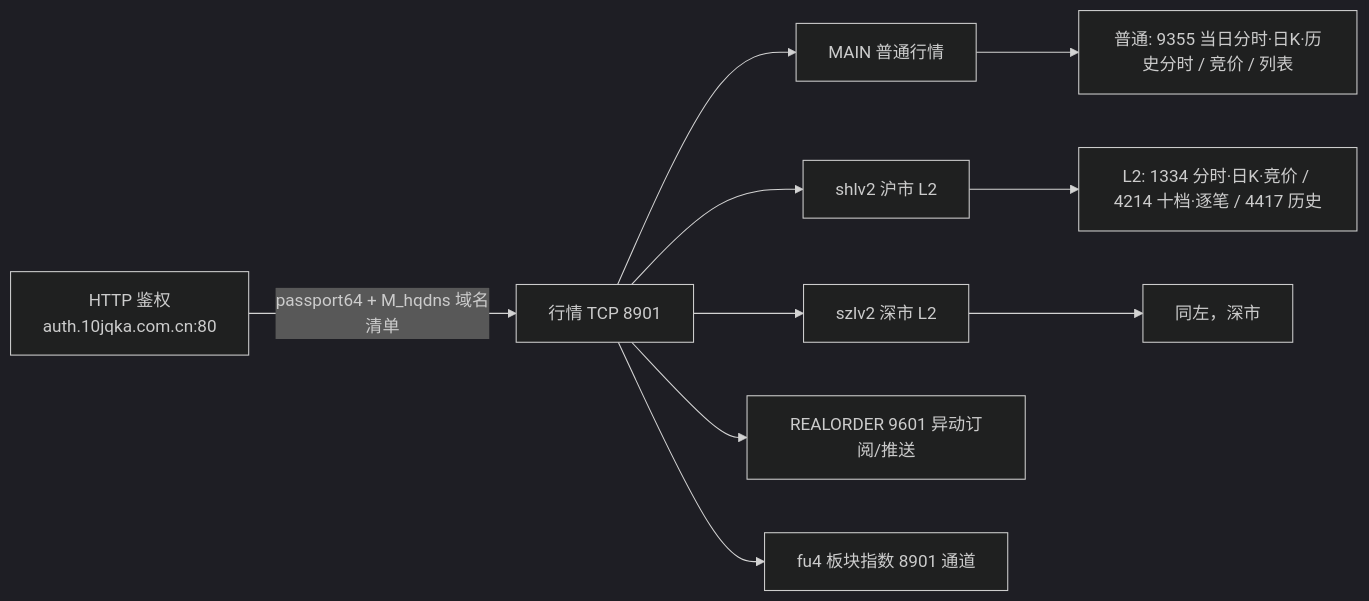
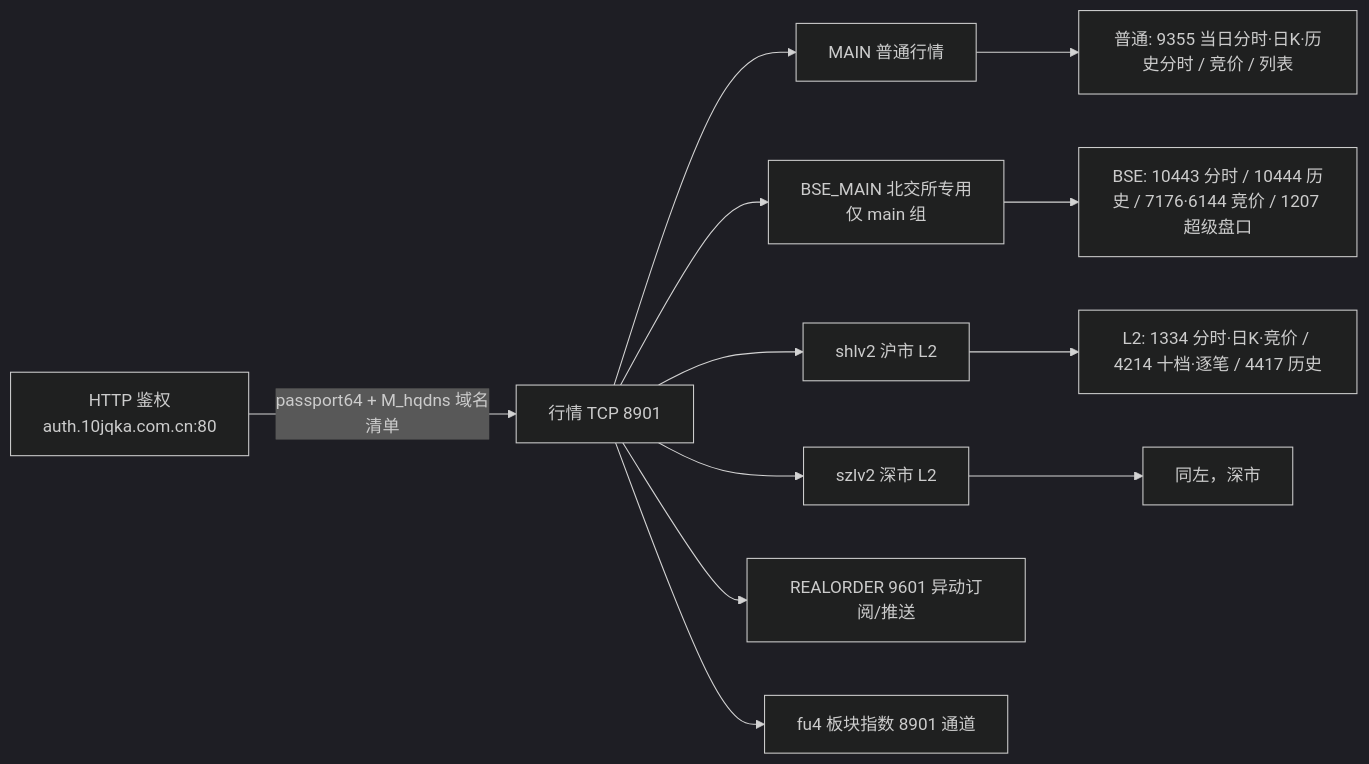
One commit to djj45/thspypc changed the diagram in docs/guides/PROTOCOL_AND_IMPLEMENTATION_GUIDE.md. Above: the diagram before and after it, drawn with Mermaid (dark theme). The commit also changed other lines of this file and 10 other files, not shown here.

````diff
--- a/docs/guides/PROTOCOL_AND_IMPLEMENTATION_GUIDE.md
+++ b/docs/guides/PROTOCOL_AND_IMPLEMENTATION_GUIDE.md
@@ -17,12 +20,14 @@
 ```mermaid
 flowchart LR
     A[HTTP 鉴权<br/>auth.10jqka.com.cn:80] -->|passport64 + M_hqdns 域名清单| B[行情 TCP 8901]
     B --> B1[MAIN 普通行情]
+    B --> B1b[BSE_MAIN 北交所专用<br/>仅 main 组]
     B --> B2[shlv2 沪市 L2]
     B --> B3[szlv2 深市 L2]
     B1 --> C[普通: 9355 当日分时·日K·历史分时 / 竞价 / 列表]
+    B1b --> C2[BSE: 10443 分时 / 10444 历史 / 7176·6144 竞价 / 1207 超级盘口]
     B2 --> D[L2: 1334 分时·日K·竞价 / 4214 十档·逐笔 / 4417 历史]
     B3 --> E[同左，深市]
     B --> B4[REALORDER 9601 异动订阅/推送]
     B --> B5[fu4 板块指数 8901 通道]
 ```
````
